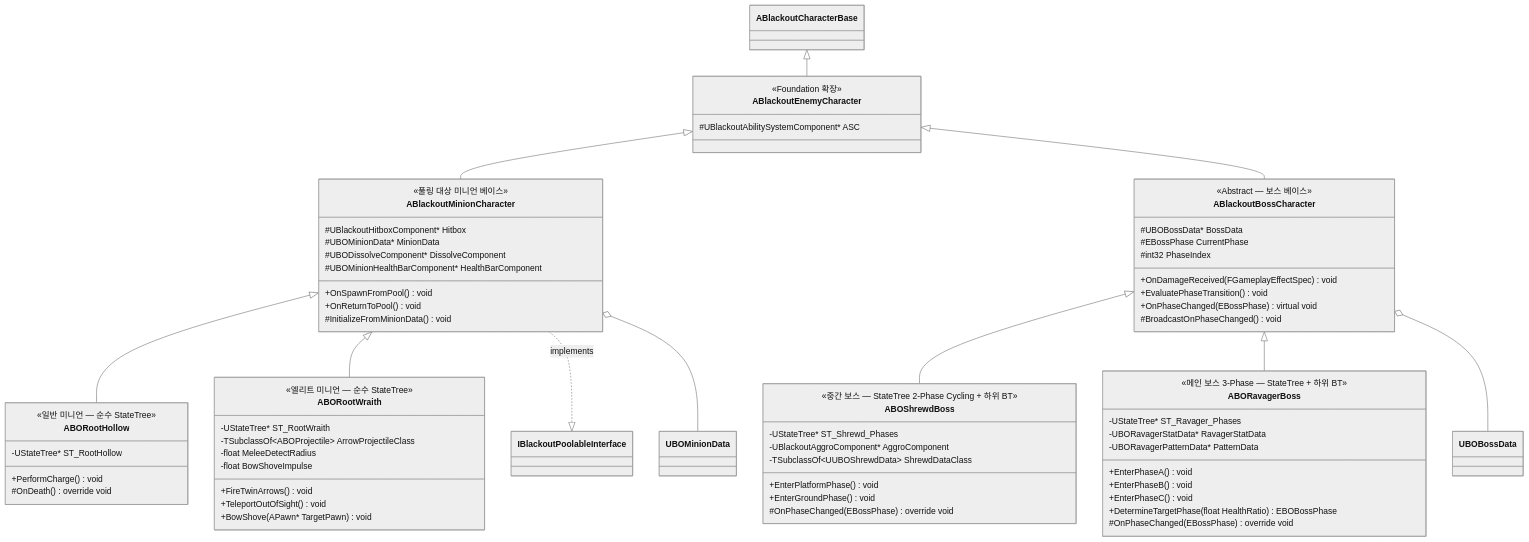
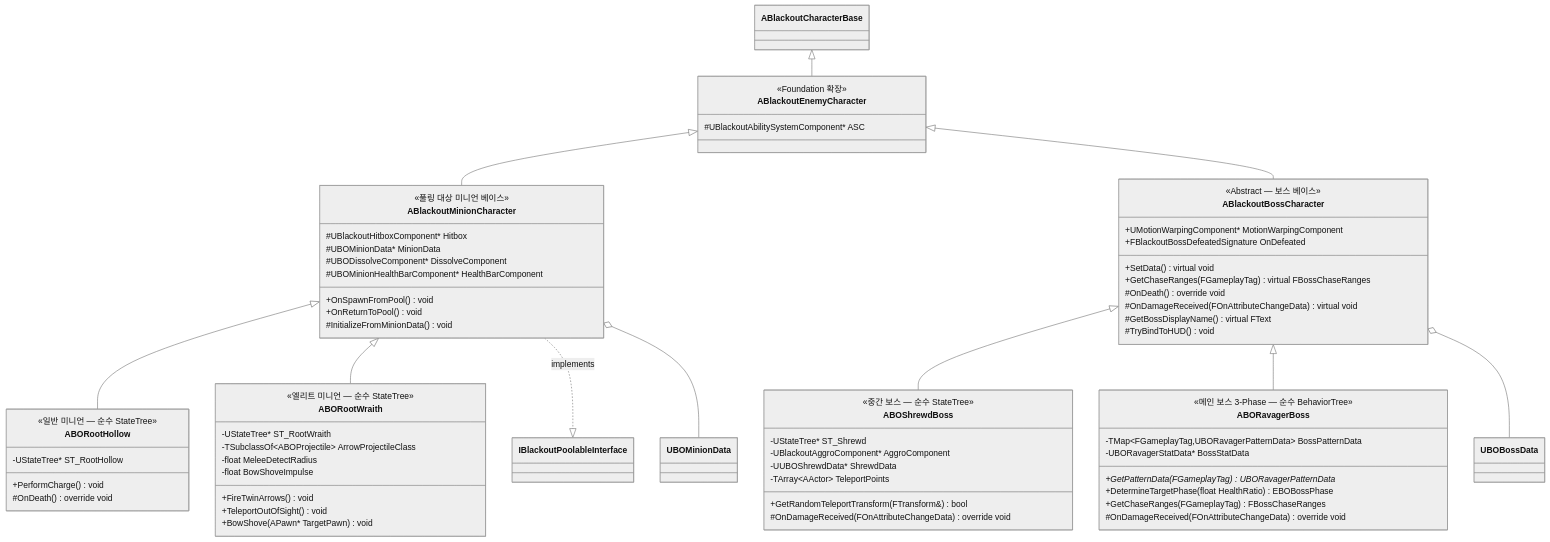
Before and after one commit to seongwon1579/ProjectBlackout: the diagram in Docs/AI_Boss/01_Enemy_Boss_Hierarchy.md, drawn with Mermaid (neutral theme). The commit also changed other lines of this file and 29 other files, not shown here.

```diff
--- a/Docs/AI_Boss/01_Enemy_Boss_Hierarchy.md
+++ b/Docs/AI_Boss/01_Enemy_Boss_Hierarchy.md
@@ -52,35 +52,34 @@
 
     class ABlackoutBossCharacter {
         <<Abstract — 보스 베이스>>
-        #UBOBossData* BossData
-        #EBossPhase CurrentPhase
-        #int32 PhaseIndex
-        +OnDamageReceived(FGameplayEffectSpec) void
-        +EvaluatePhaseTransition() void
-        +OnPhaseChanged(EBossPhase) virtual void
-        #BroadcastOnPhaseChanged() void
+        +UMotionWarpingComponent* MotionWarpingComponent
+        +FBlackoutBossDefeatedSignature OnDefeated
+        +SetData() virtual void
+        +GetChaseRanges(FGameplayTag) virtual FBossChaseRanges
+        #OnDeath() override void
+        #OnDamageReceived(FOnAttributeChangeData) virtual void
+        #GetBossDisplayName() virtual FText
+        #TryBindToHUD() void
     }
 
     class ABOShrewdBoss {
-        <<중간 보스 — StateTree 2-Phase Cycling + 하위 BT>>
-        -UStateTree* ST_Shrewd_Phases
+        <<중간 보스 — 순수 StateTree>>
+        -UStateTree* ST_Shrewd
         -UBlackoutAggroComponent* AggroComponent
-        -TSubclassOf~UUBOShrewdData~ ShrewdDataClass
-        +EnterPlatformPhase() void
-        +EnterGroundPhase() void
-        #OnPhaseChanged(EBossPhase) override void
+        -UUBOShrewdData* ShrewdData
+        -TArray~AActor~ TeleportPoints
+        +GetRandomTeleportTransform(FTransform&) bool
+        #OnDamageReceived(FOnAttributeChangeData) override void
     }
 
     class ABORavagerBoss {
-        <<메인 보스 3-Phase — StateTree + 하위 BT>>
-        -UStateTree* ST_Ravager_Phases
-        -UBORavagerStatData* RavagerStatData
-        -UBORavagerPatternData* PatternData
-        +EnterPhaseA() void
-        +EnterPhaseB() void
-        +EnterPhaseC() void
+        <<메인 보스 3-Phase — 순수 BehaviorTree>>
+        -TMap~FGameplayTag,UBORavagerPatternData~ BossPatternData
+        -UBORavagerStatData* BossStatData
+        +GetPatternData(FGameplayTag) UBORavagerPatternData*
         +DetermineTargetPhase(float HealthRatio) EBOBossPhase
-        #OnPhaseChanged(EBossPhase) override void
+        +GetChaseRanges(FGameplayTag) FBossChaseRanges
+        #OnDamageReceived(FOnAttributeChangeData) override void
     }
 
     ABlackoutBossCharacter o-- UBOBossData
```
